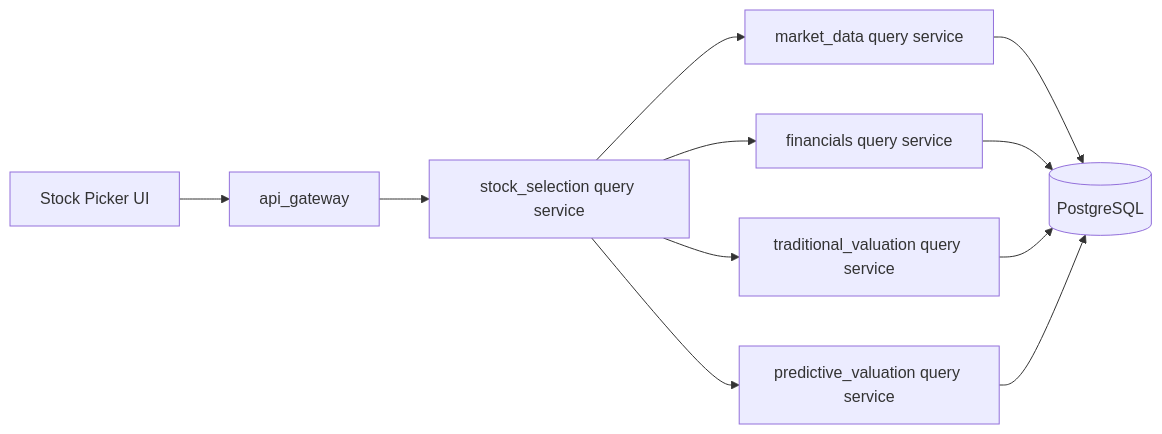
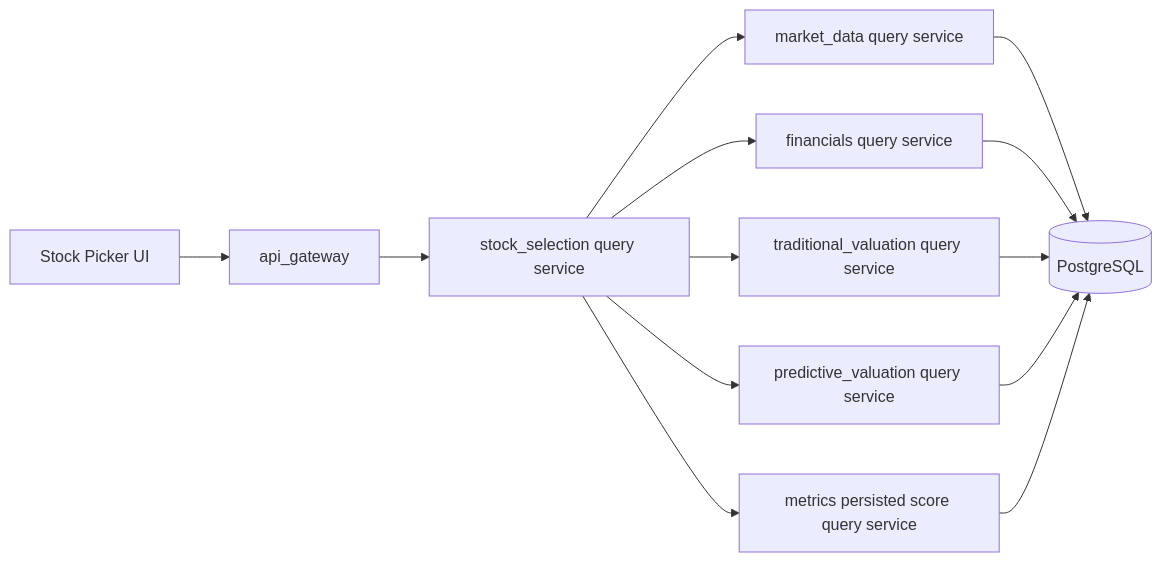
Before and after one commit to bizeasy17/sms: the diagram in manniu/docs/requirements/modules/stock-selection-backend-design.md, drawn with Mermaid. The commit also changed other lines of this file and 11 other files, not shown here.

````diff
--- a/manniu/docs/requirements/modules/stock-selection-backend-design.md
+++ b/manniu/docs/requirements/modules/stock-selection-backend-design.md
@@ -40,13 +40,15 @@
 ```mermaid
 flowchart LR
     FE[Stock Picker UI] --> GW[api_gateway]
     GW --> SS[stock_selection query service]
     SS --> MD[market_data query service]
     SS --> FIN[financials query service]
     SS --> TV[traditional_valuation query service]
     SS --> PV[predictive_valuation query service]
+    SS --> METRICS[metrics persisted score query service]
     MD --> PG[(PostgreSQL)]
     FIN --> PG
     TV --> PG
     PV --> PG
+    METRICS --> PG
 ```
````
